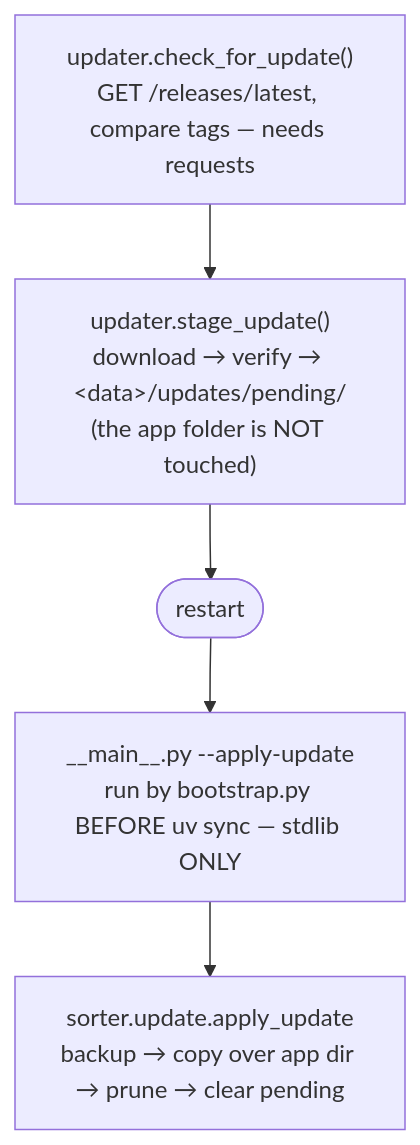
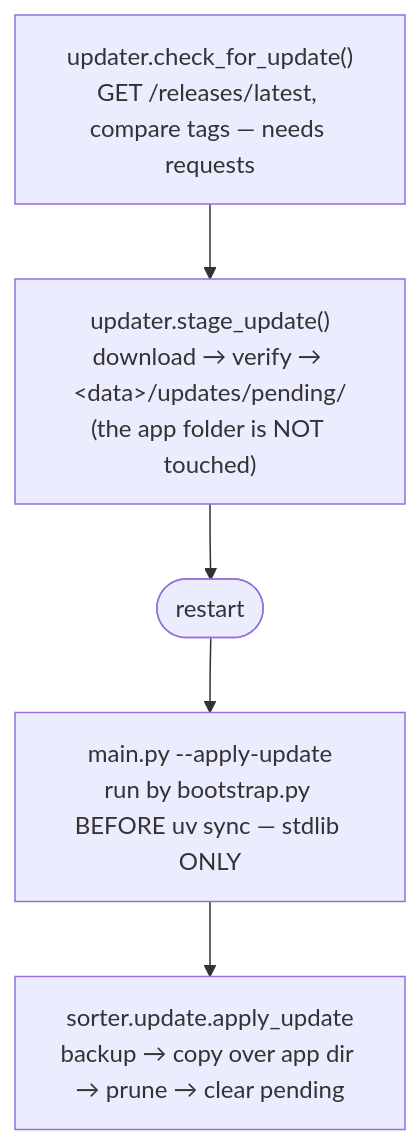
Before and after one commit to sjseth/AI-Case-Sorter-Py: the second of 2 diagrams in CLAUDE.md, drawn with Mermaid. The commit also changed other lines of this file and 17 other files, not shown here.

````diff
--- a/CLAUDE.md
+++ b/CLAUDE.md
@@ -651,10 +665,10 @@
 ```mermaid
 flowchart TD
     A["updater.check_for_update()<br/>GET /releases/latest, compare tags — needs requests"]
     B["updater.stage_update()<br/>download → verify → &lt;data&gt;/updates/pending/<br/>(the app folder is NOT touched)"]
     C(["restart"])
-    D["__main__.py --apply-update<br/>run by bootstrap.py BEFORE uv sync — stdlib ONLY"]
+    D["main.py --apply-update<br/>run by bootstrap.py BEFORE uv sync — stdlib ONLY"]
     E["sorter.update.apply_update<br/>backup → copy over app dir → prune → clear pending"]
 
     A --> B --> C --> D --> E
 ```
````
